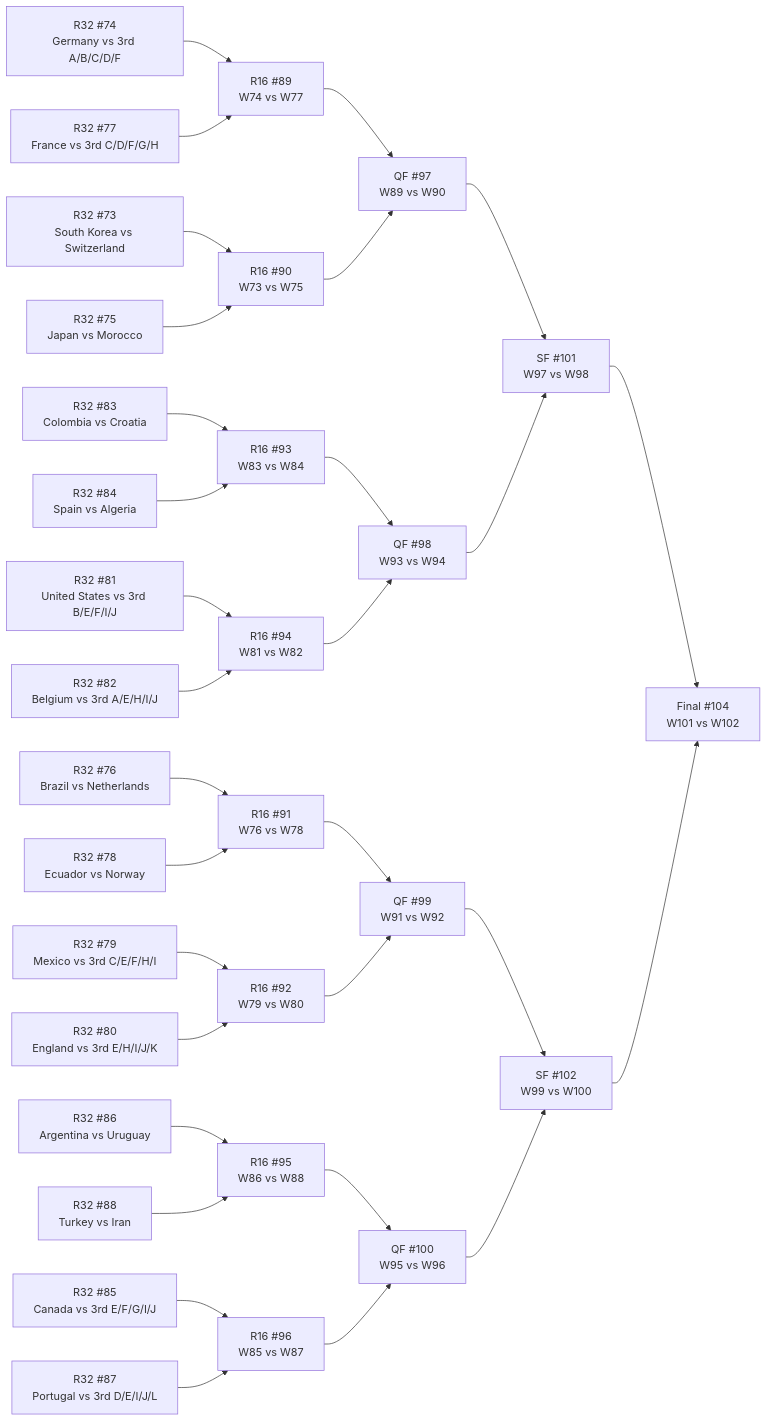
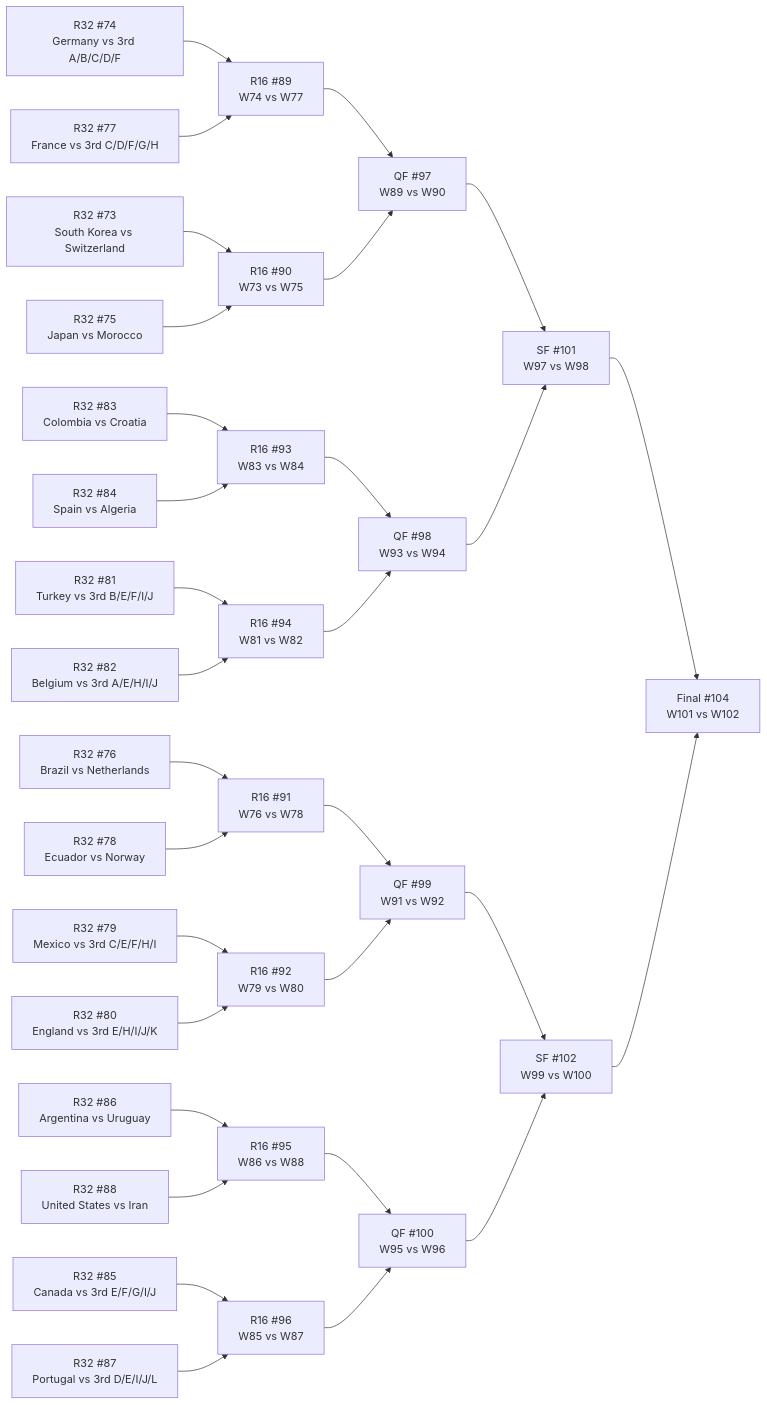
One commit to Tutai-Tran/WC-2026-predictor changed the diagram in WC vault/_bracket.md. Above: the diagram before and after it, drawn with Mermaid. The commit also changed 83 other files, not shown here.

````diff
--- a/WC vault/_bracket.md
+++ b/WC vault/_bracket.md
@@ -11,64 +11,64 @@
 ```mermaid
 flowchart LR
   M73["R32 #73<br>South Korea vs Switzerland"]
   M74["R32 #74<br>Germany vs 3rd A/B/C/D/F"]
   M75["R32 #75<br>Japan vs Morocco"]
   M76["R32 #76<br>Brazil vs Netherlands"]
   M77["R32 #77<br>France vs 3rd C/D/F/G/H"]
   M78["R32 #78<br>Ecuador vs Norway"]
   M79["R32 #79<br>Mexico vs 3rd C/E/F/H/I"]
   M80["R32 #80<br>England vs 3rd E/H/I/J/K"]
-  M81["R32 #81<br>United States vs 3rd B/E/F/I/J"]
+  M81["R32 #81<br>Turkey vs 3rd B/E/F/I/J"]
   M82["R32 #82<br>Belgium vs 3rd A/E/H/I/J"]
   M83["R32 #83<br>Colombia vs Croatia"]
   M84["R32 #84<br>Spain vs Algeria"]
   M85["R32 #85<br>Canada vs 3rd E/F/G/I/J"]
   M86["R32 #86<br>Argentina vs Uruguay"]
   M87["R32 #87<br>Portugal vs 3rd D/E/I/J/L"]
-  M88["R32 #88<br>Turkey vs Iran"]
+  M88["R32 #88<br>United States vs Iran"]
   M89["R16 #89<br>W74 vs W77"]
   M90["R16 #90<br>W73 vs W75"]
   M91["R16 #91<br>W76 vs W78"]
   M92["R16 #92<br>W79 vs W80"]
   M93["R16 #93<br>W83 vs W84"]
   M94["R16 #94<br>W81 vs W82"]
   M95["R16 #95<br>W86 vs W88"]
   M96["R16 #96<br>W85 vs W87"]
   M97["QF #97<br>W89 vs W90"]
   M98["QF #98<br>W93 vs W94"]
   M99["QF #99<br>W91 vs W92"]
   M100["QF #100<br>W95 vs W96"]
   M101["SF #101<br>W97 vs W98"]
   M102["SF #102<br>W99 vs W100"]
   M104["Final #104<br>W101 vs W102"]
   M74 --> M89
   M77 --> M89
   M73 --> M90
   M75 --> M90
   M76 --> M91
   M78 --> M91
   M79 --> M92
   M80 --> M92
   M83 --> M93
   M84 --> M93
   M81 --> M94
   M82 --> M94
   M86 --> M95
   M88 --> M95
   M85 --> M96
   M87 --> M96
   M89 --> M97
   M90 --> M97
   M93 --> M98
   M94 --> M98
   M91 --> M99
   M92 --> M99
   M95 --> M100
   M96 --> M100
   M97 --> M101
   M98 --> M101
   M99 --> M102
   M100 --> M102
   M101 --> M104
   M102 --> M104
 ```
````
